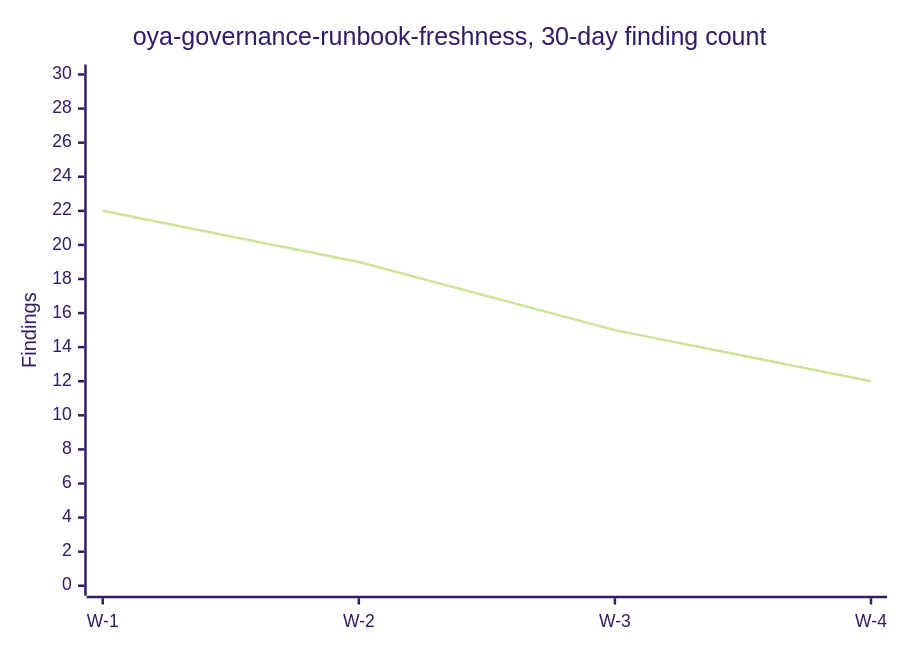
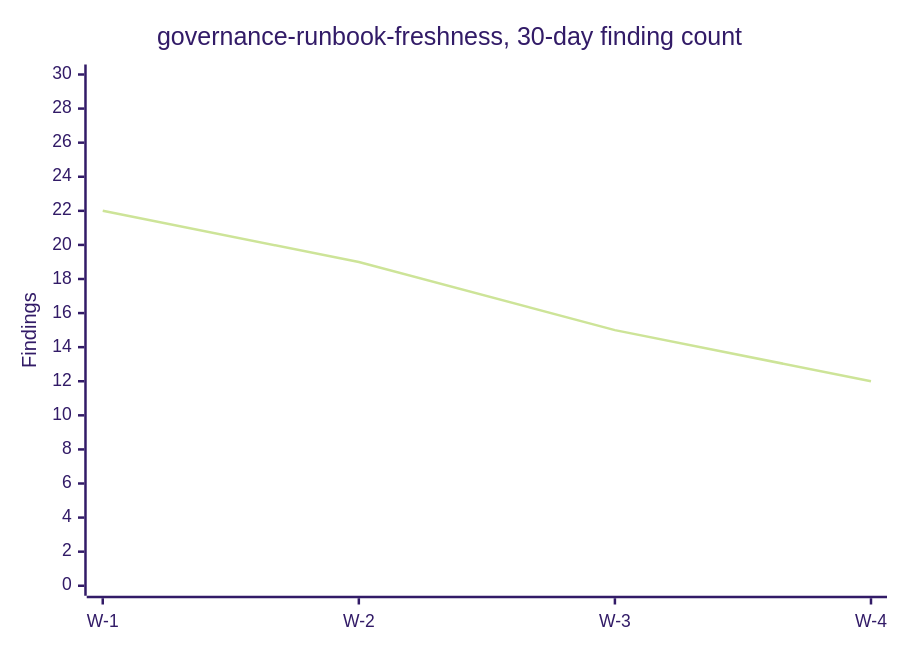
The diagram in docs/automation/fitness-lane-reports-pipeline.md (oyatie/oyatie), drawn with Mermaid (forest theme) before and after one commit. The commit also changed other lines of this file and 5686 other files, not shown here.

````diff
--- a/docs/automation/fitness-lane-reports-pipeline.md
+++ b/docs/automation/fitness-lane-reports-pipeline.md
@@ -87,7 +87,7 @@
 ```mermaid
 xychart-beta
-  title "oya-governance-runbook-freshness, 30-day finding count"
+  title "governance-runbook-freshness, 30-day finding count"
   x-axis [W-1, W-2, W-3, W-4]
   y-axis "Findings" 0 --> 30
   line [22, 19, 15, 12]
 ```
````
